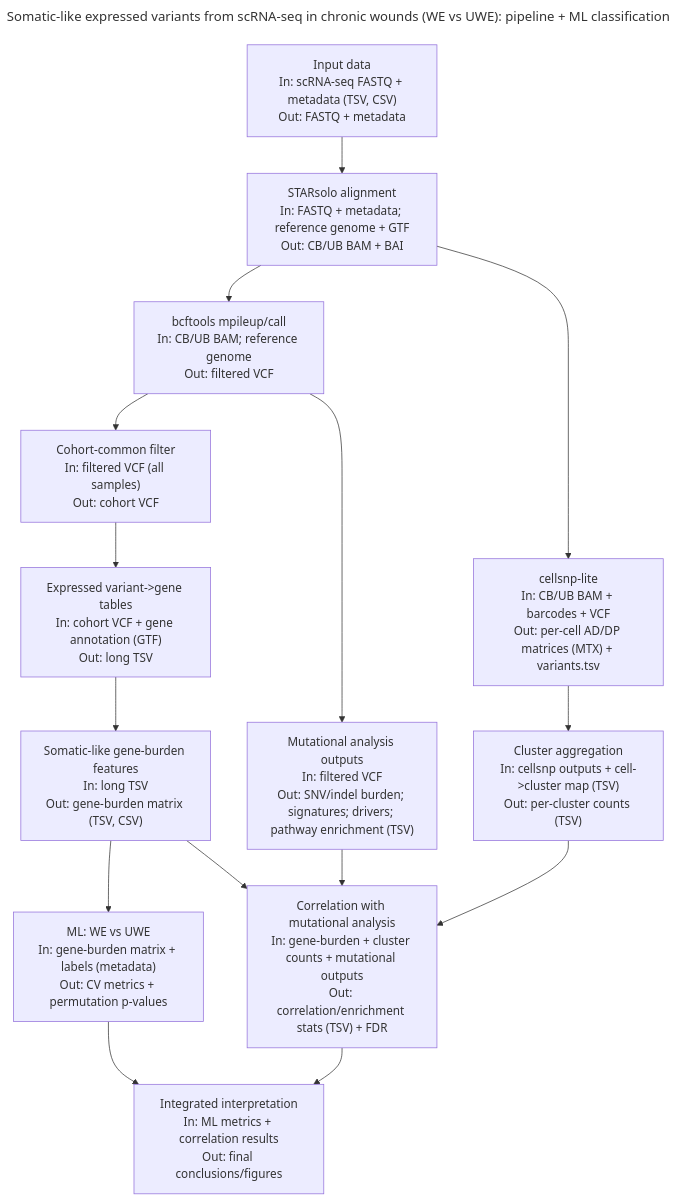
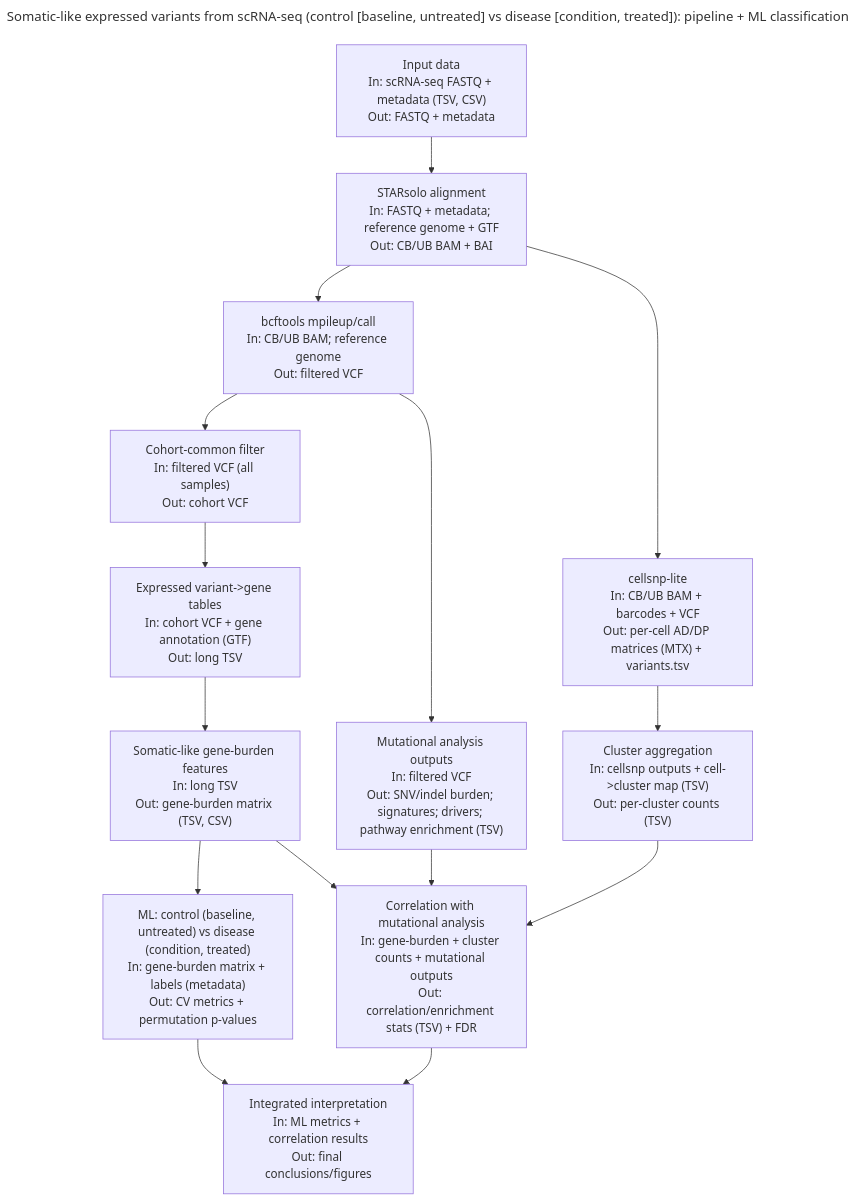
Before and after one commit to dauletulyaidyn/somatic-like-scrna-variants-ml-pipeline: the diagram in WORKFLOW.mmd, drawn with Mermaid. The commit also changed 40 other files, not shown here.

Commit message:
Update labels to control vs disease and rename ML stage

```diff
--- a/WORKFLOW.mmd
+++ b/WORKFLOW.mmd
@@ -1,22 +1,22 @@
 ---
-title: "Somatic-like expressed variants from scRNA-seq in chronic wounds (WE vs UWE): pipeline + ML classification"
+title: "Somatic-like expressed variants from scRNA-seq (control [baseline, untreated] vs disease [condition, treated]): pipeline + ML classification"
 author: "Kunikeyev Aidyn"
 doi: ""
 git: ""
 ---
 flowchart TD
 
     A["Input data<br>In: scRNA-seq FASTQ + metadata (TSV, CSV)<br>Out: FASTQ + metadata"] --> B["STARsolo alignment<br>In: FASTQ + metadata; reference genome + GTF<br>Out: CB/UB BAM + BAI"]
     B --> C["bcftools mpileup/call<br>In: CB/UB BAM; reference genome<br>Out: filtered VCF"]
     C --> D["Cohort-common filter<br>In: filtered VCF (all samples)<br>Out: cohort VCF"]
     D --> E["Expressed variant->gene tables<br>In: cohort VCF + gene annotation (GTF)<br>Out: long TSV"]
     E --> F["Somatic-like gene-burden features<br>In: long TSV<br>Out: gene-burden matrix (TSV, CSV)"]
-    F --> G["ML: WE vs UWE<br>In: gene-burden matrix + labels (metadata)<br>Out: CV metrics + permutation p-values"]
+    F --> G["ML: control (baseline, untreated) vs disease (condition, treated)<br>In: gene-burden matrix + labels (metadata)<br>Out: CV metrics + permutation p-values"]
     B --> I["cellsnp-lite<br>In: CB/UB BAM + barcodes + VCF<br>Out: per-cell AD/DP matrices (MTX) + variants.tsv"]
     I --> J["Cluster aggregation<br>In: cellsnp outputs + cell->cluster map (TSV)<br>Out: per-cluster counts (TSV)"]
     F --> H["Correlation with mutational analysis<br>In: gene-burden + cluster counts + mutational outputs<br>Out: correlation/enrichment stats (TSV) + FDR"]
     J --> H
     C --> M["Mutational analysis outputs<br>In: filtered VCF<br>Out: SNV/indel burden; signatures; drivers; pathway enrichment (TSV)"]
     M --> H
     G --> K["Integrated interpretation<br>In: ML metrics + correlation results<br>Out: final conclusions/figures"]
     H --> K
```
